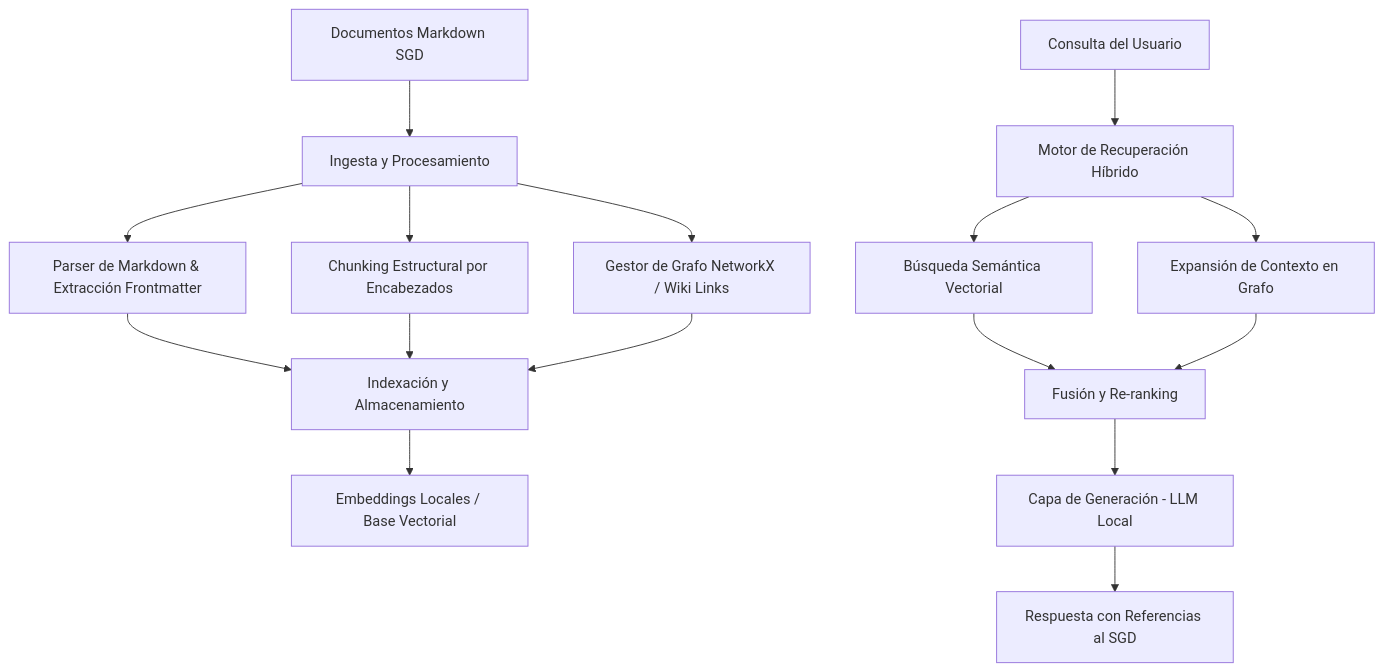
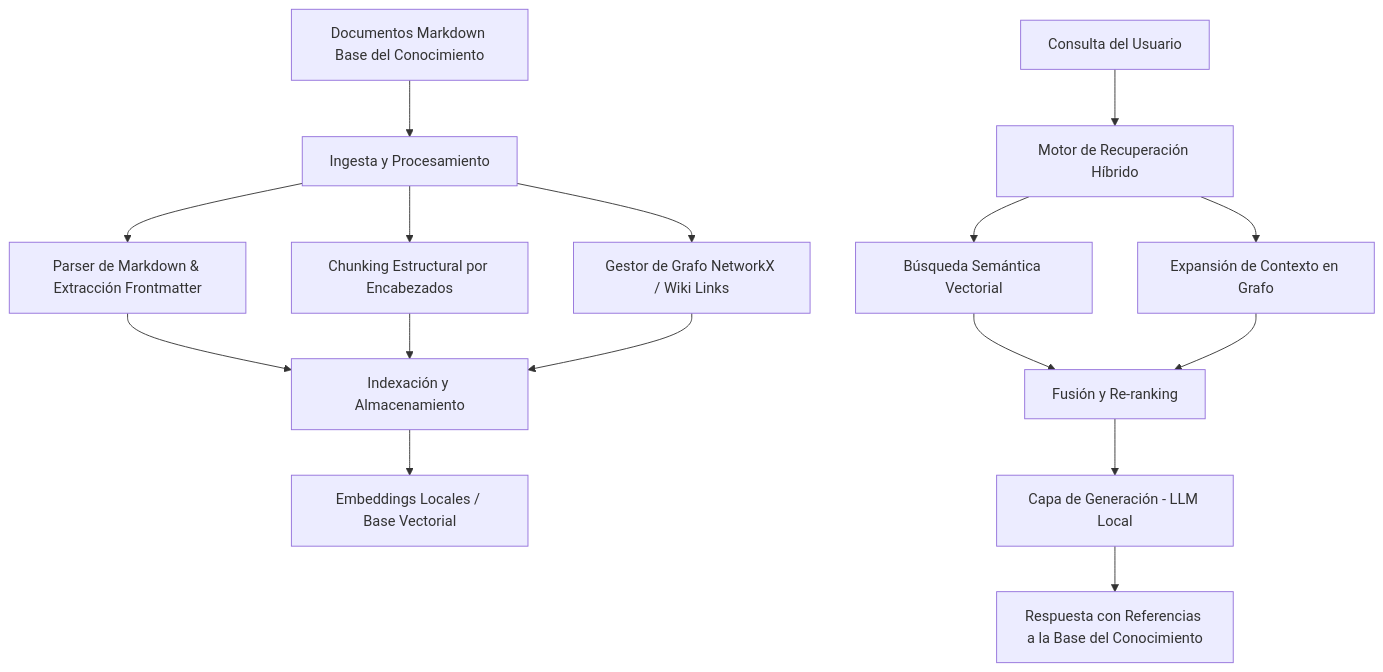
Before and after one commit to ContelSistemas/sgd_rag_graph: the diagram in README.md, drawn with Mermaid. The commit also changed other lines of this file and 23 other files, not shown here.

````diff
--- a/README.md
+++ b/README.md
@@ -20,19 +21,19 @@
 ```mermaid
 graph TD
-    A[Documentos Markdown SGD] --> B[Ingesta y Procesamiento]
+    A[Documentos Markdown Base del Conocimiento] --> B[Ingesta y Procesamiento]
     B --> C[Parser de Markdown & Extracción Frontmatter]
     B --> D[Chunking Estructural por Encabezados]
     B --> E[Gestor de Grafo NetworkX / Wiki Links]
     
     C & D --> F[Indexación y Almacenamiento]
     E --> F
     F --> G[Embeddings Locales / Base Vectorial]
     
     H[Consulta del Usuario] --> I[Motor de Recuperación Híbrido]
     I --> J[Búsqueda Semántica Vectorial]
     I --> K[Expansión de Contexto en Grafo]
     J & K --> L[Fusión y Re-ranking]
     
     L --> M[Capa de Generación - LLM Local]
-    M --> N[Respuesta con Referencias al SGD]
+    M --> N[Respuesta con Referencias a la Base del Conocimiento]
 ```
````
